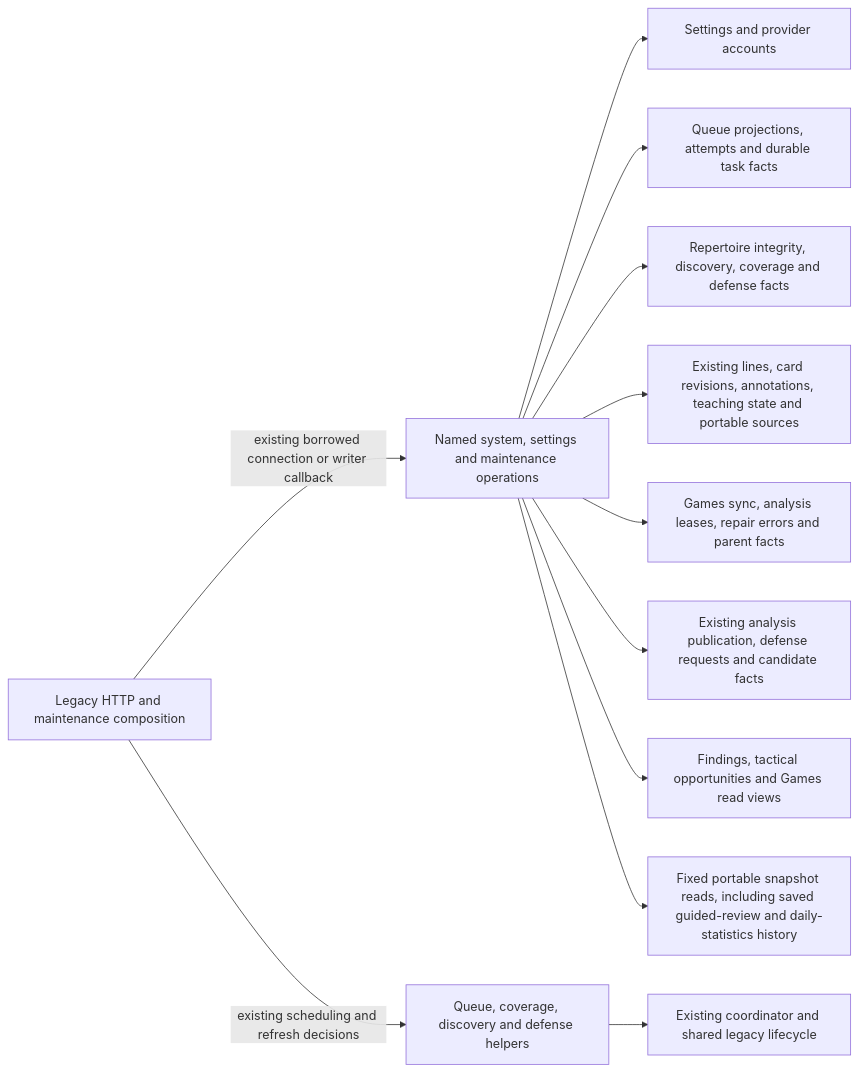
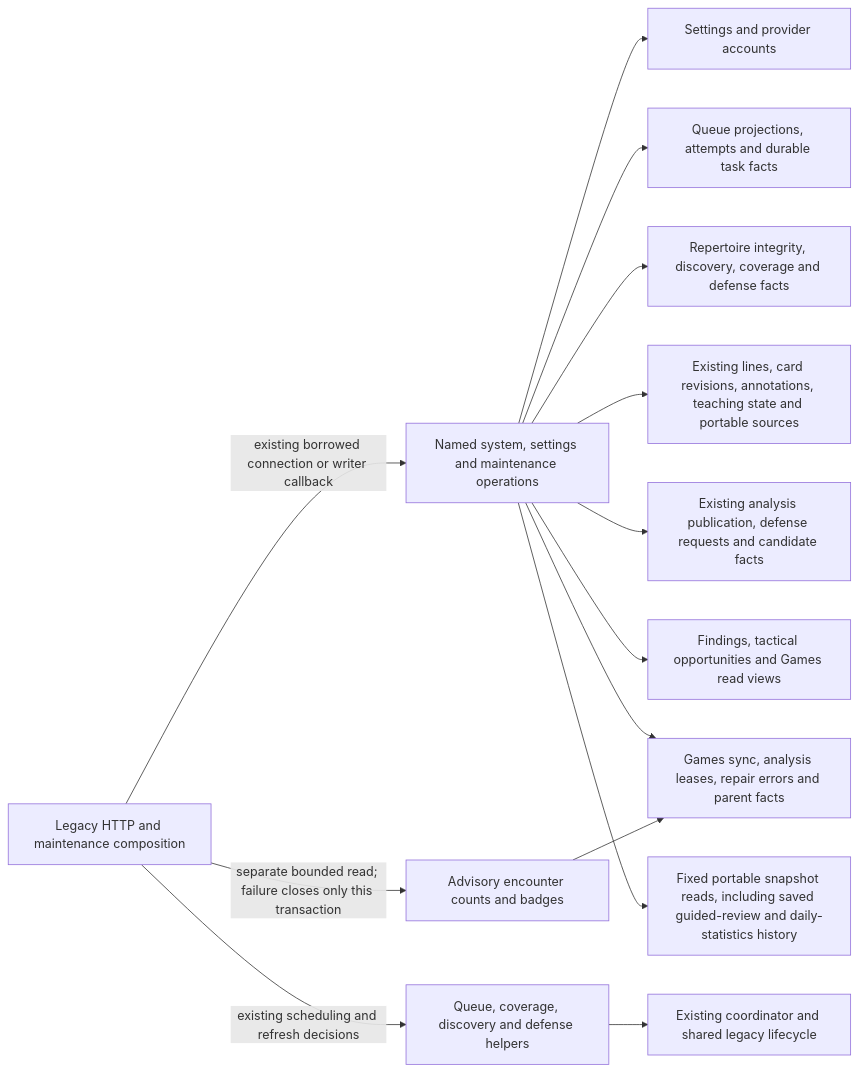
Before and after one commit to aaweaver-actuary/tempo: the diagram in database/tempo_legacy_database/adapters/http_composition/README.md, drawn with Mermaid. The commit also changed other lines of this file and 11 other files, not shown here.

````diff
--- a/database/tempo_legacy_database/adapters/http_composition/README.md
+++ b/database/tempo_legacy_database/adapters/http_composition/README.md
@@ -23,14 +23,16 @@
 ```mermaid
 flowchart LR
   http[Legacy HTTP and maintenance composition] -->|existing borrowed connection or writer callback| store[Named system, settings and maintenance operations]
   http -->|existing scheduling and refresh decisions| jobs[Queue, coverage, discovery and defense helpers]
   store --> settings[Settings and provider accounts]
   store --> queue[Queue projections, attempts and durable task facts]
+  http -->|separate bounded read; failure closes only this transaction| badges[Advisory encounter counts and badges]
+  badges --> games
   store --> source[Repertoire integrity, discovery, coverage and defense facts]
   store --> authoring[Existing lines, card revisions, annotations, teaching state and portable sources]
   store --> games[Games sync, analysis leases, repair errors and parent facts]
   store --> publication[Existing analysis publication, defense requests and candidate facts]
   store --> projections["Findings, tactical opportunities and Games read views"]
   store --> snapshots["Fixed portable snapshot reads, including saved guided-review and daily-statistics history"]
   jobs --> lifecycle[Existing coordinator and shared legacy lifecycle]
 ```
````
